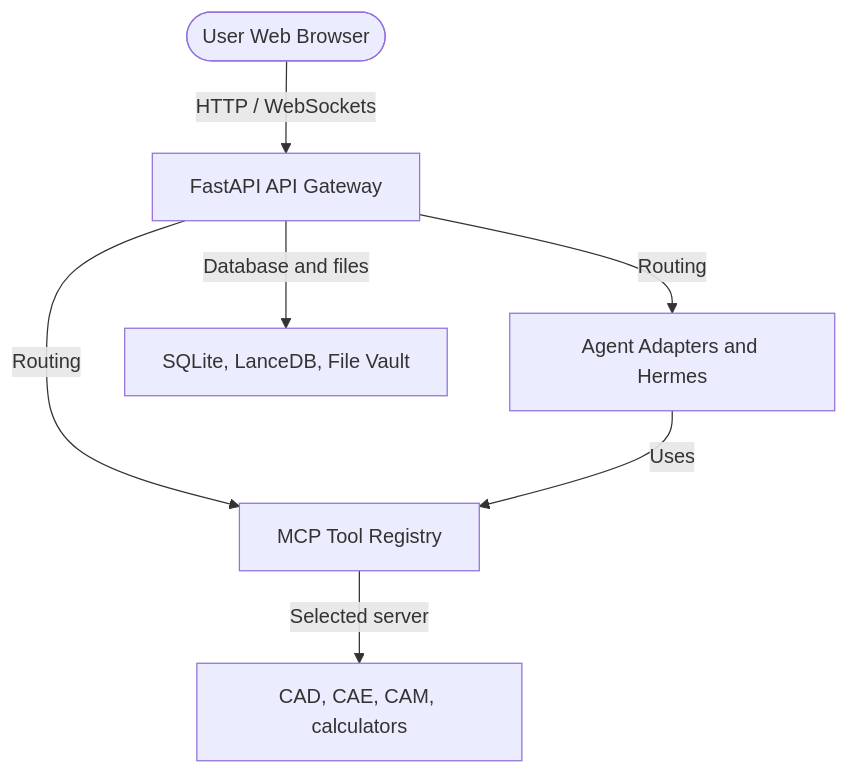
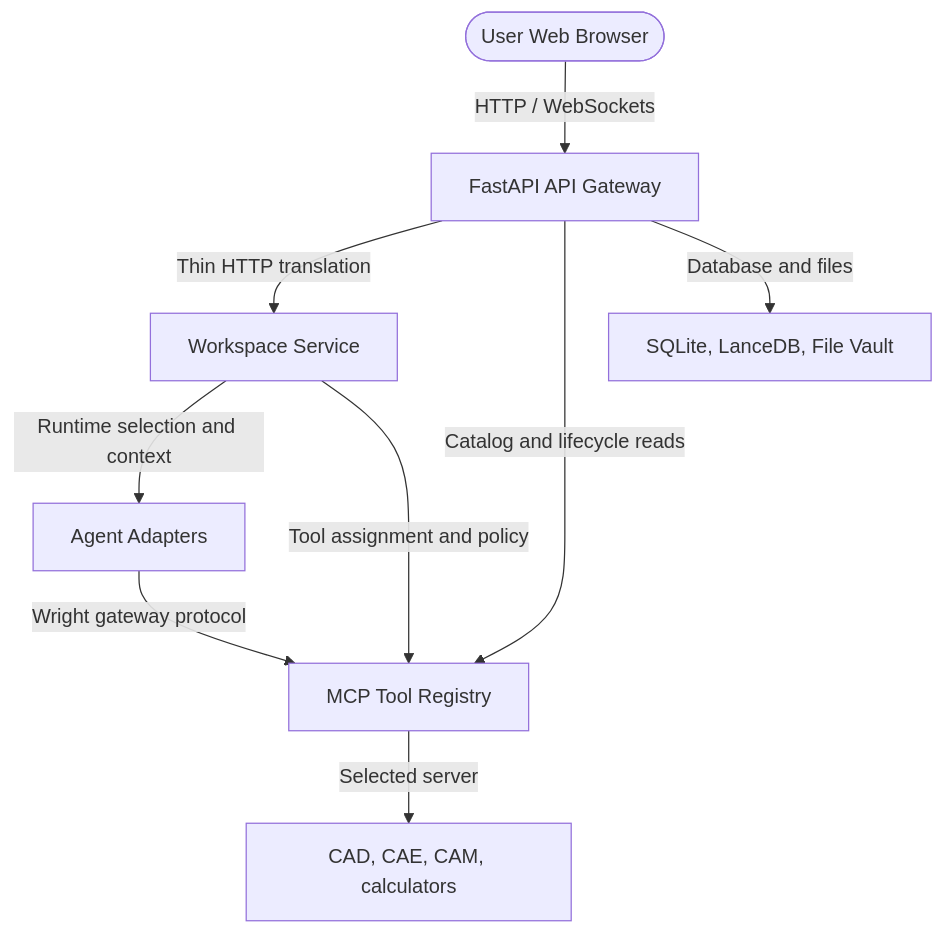
The diagram in README.md (burhop/wright), drawn with Mermaid before and after one commit. The commit also changed other lines of this file and 93 other files, not shown here.

Commit message:
Implement architecture refactoring phase 2

````diff
--- a/README.md
+++ b/README.md
@@ -134,9 +135,11 @@
 ```mermaid
 flowchart TD
     User([User Web Browser]) -->|HTTP / WebSockets| API[FastAPI API Gateway]
-    API -->|Routing| Agent[Agent Adapters and Hermes]
-    API -->|Routing| MCP[MCP Tool Registry]
-    Agent -->|Uses| MCP
+    API -->|Thin HTTP translation| Workspace[Workspace Service]
+    Workspace -->|Runtime selection and context| Agent[Agent Adapters]
+    Workspace -->|Tool assignment and policy| MCP[MCP Tool Registry]
+    API -->|Catalog and lifecycle reads| MCP
+    Agent -->|Wright gateway protocol| MCP
     MCP -->|Selected server| Tools[CAD, CAE, CAM, calculators]
     API -->|Database and files| Vault[SQLite, LanceDB, File Vault]
 ```
````
